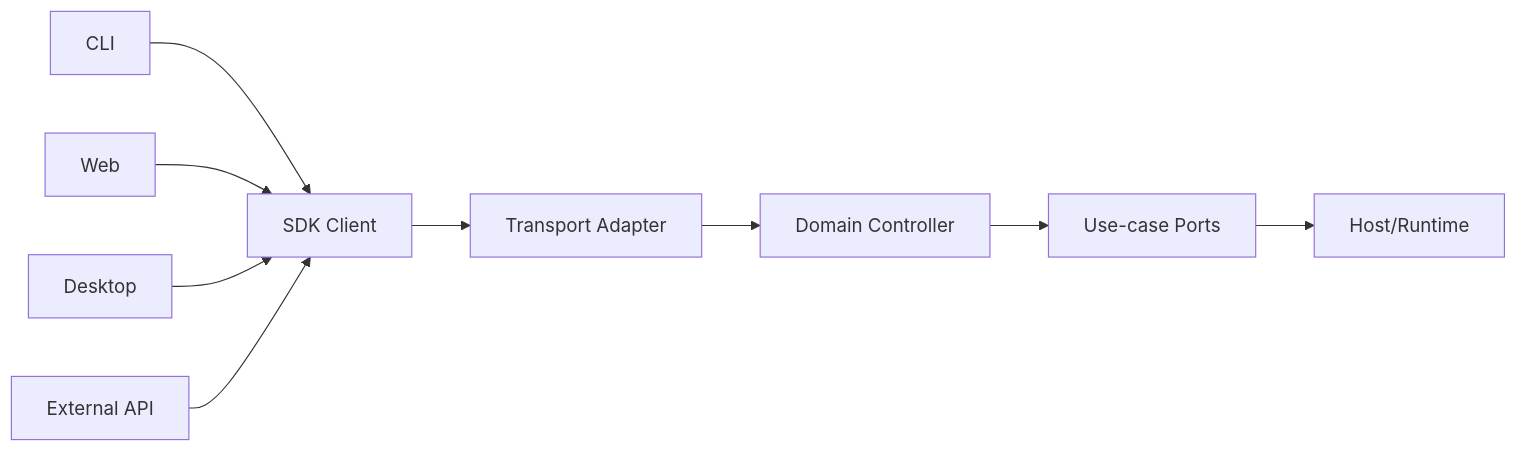
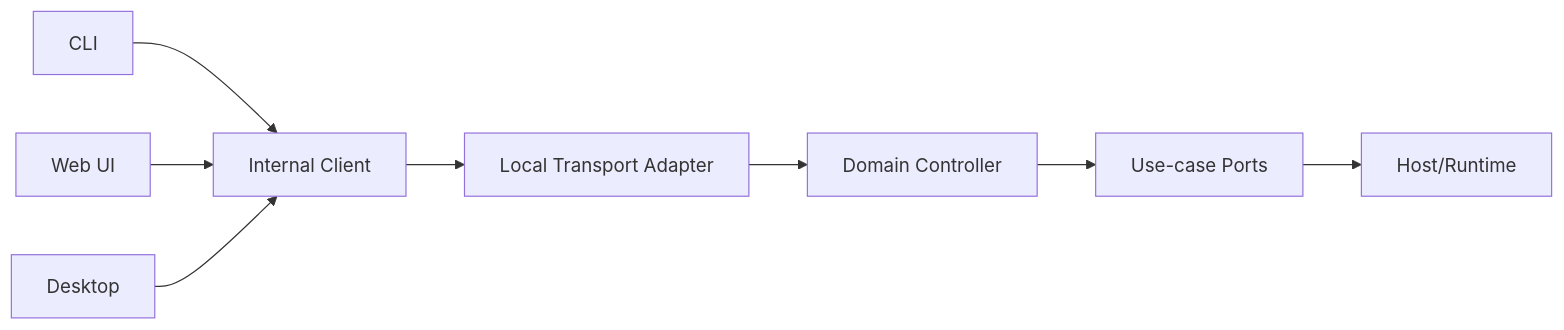
The first of 2 diagrams in docs/outlive-agent-v2/06-clients-protocols-desktop/01-shared-protocol-controller.md (Cainheart/tracegraph-agent), drawn with Mermaid before and after one commit. The commit also changed other lines of this file and 46 other files, not shown here.

````diff
--- a/docs/outlive-agent-v2/06-clients-protocols-desktop/01-shared-protocol-controller.md
+++ b/docs/outlive-agent-v2/06-clients-protocols-desktop/01-shared-protocol-controller.md
@@ -15,11 +15,10 @@
 ```mermaid
 flowchart LR
-  CLI[CLI] --> SDK[SDK Client]
-  WEB[Web] --> SDK
+  CLI[CLI] --> SDK[Internal Client]
+  WEB[Web UI] --> SDK
   DESK[Desktop] --> SDK
-  EXT[External API] --> SDK
-  SDK --> TR[Transport Adapter]
+  SDK --> TR[Local Transport Adapter]
   TR --> CT[Domain Controller]
   CT --> UC[Use-case Ports]
   UC --> RT[Host/Runtime]
 ```
````
